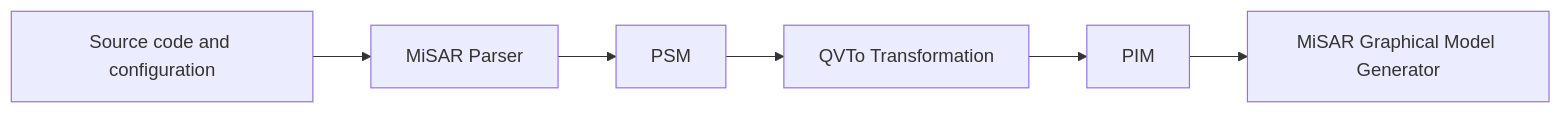
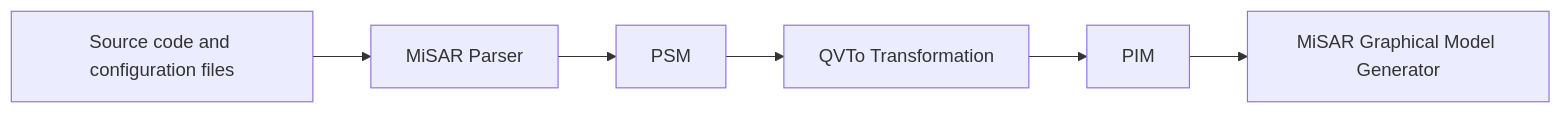
The diagram in README.md (MicroServiceArchitectureRecovery/MiSAR-Parser-and-Model-Transformation), drawn with Mermaid before and after one commit.

````diff
--- a/README.md
+++ b/README.md
@@ -17,8 +17,8 @@
 ```mermaid
 flowchart LR
-    A[Source code and configuration] --> B[MiSAR Parser]
+    A[Source code and configuration files] --> B[MiSAR Parser]
     B --> C[PSM]
     C --> D[QVTo Transformation]
     D --> E[PIM]
     E --> F[MiSAR Graphical Model Generator]
 ```
````
